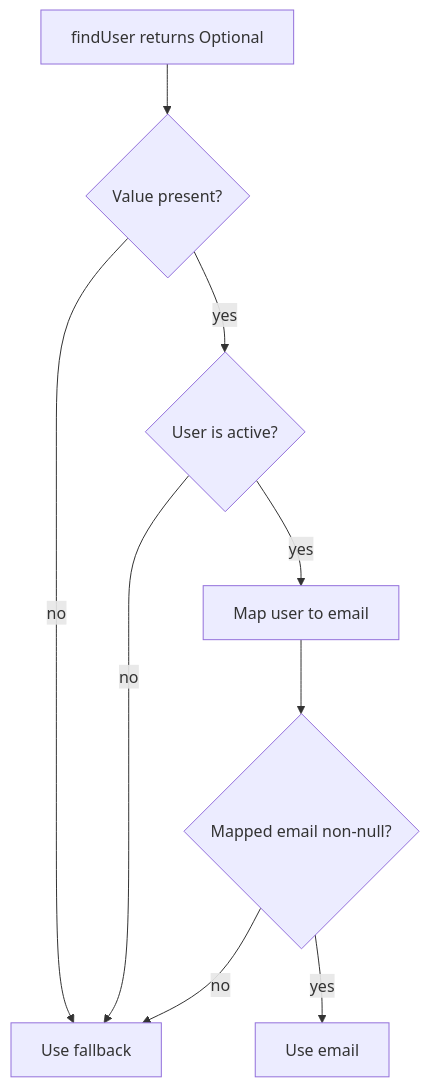
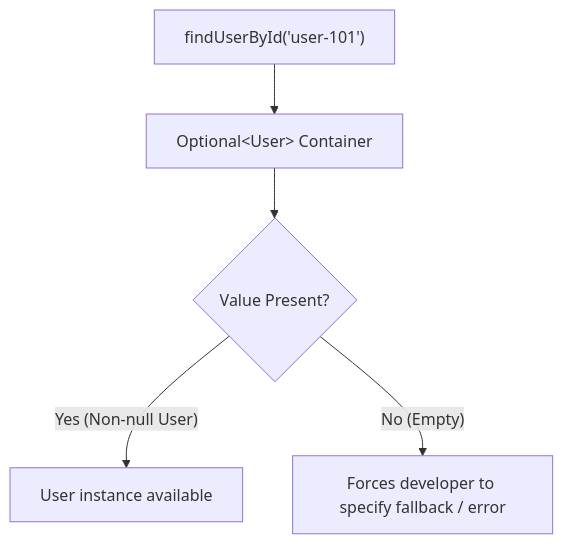
Before and after one commit to ravishankar2463/java_hub: the first of 2 diagrams in content/roadmap/level-4/optional-api.md, drawn with Mermaid. The commit also changed other lines of this file, not shown here.

Commit message:
docs(level-4): rewrite optional api with human-first voice, monadic composition, and eager orElse traps

````diff
--- a/content/roadmap/level-4/optional-api.md
+++ b/content/roadmap/level-4/optional-api.md
@@ -177,11 +40,7 @@
 ```mermaid
 flowchart TD
-    Lookup["findUser returns Optional"] --> Present{"Value present?"}
-    Present -->|no| Fallback["Use fallback"]
-    Present -->|yes| Active{"User is active?"}
-    Active -->|no| Fallback
-    Active -->|yes| Map["Map user to email"]
-    Map --> Email{"Mapped email non-null?"}
-    Email -->|yes| Value["Use email"]
-    Email -->|no| Fallback
+    MethodCall["findUserById('user-101')"] --> OptBox["Optional&lt;User&gt; Container"]
+    OptBox --> Present{"Value Present?"}
+    Present -->|"Yes (Non-null User)"| Unwrap["User instance available"]
+    Present -->|"No (Empty)"| Fallback["Forces developer to specify fallback / error"]
 ```
````
